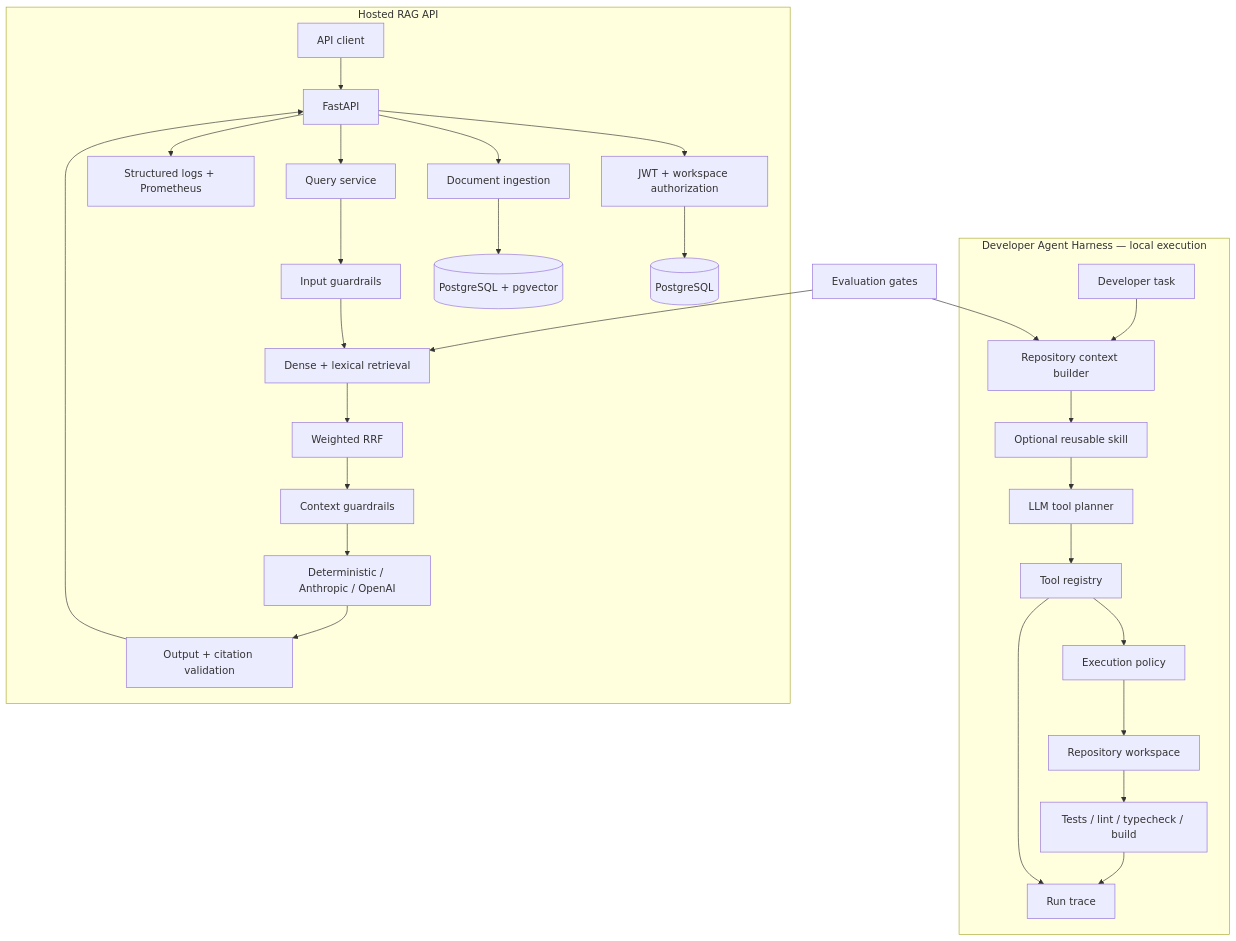
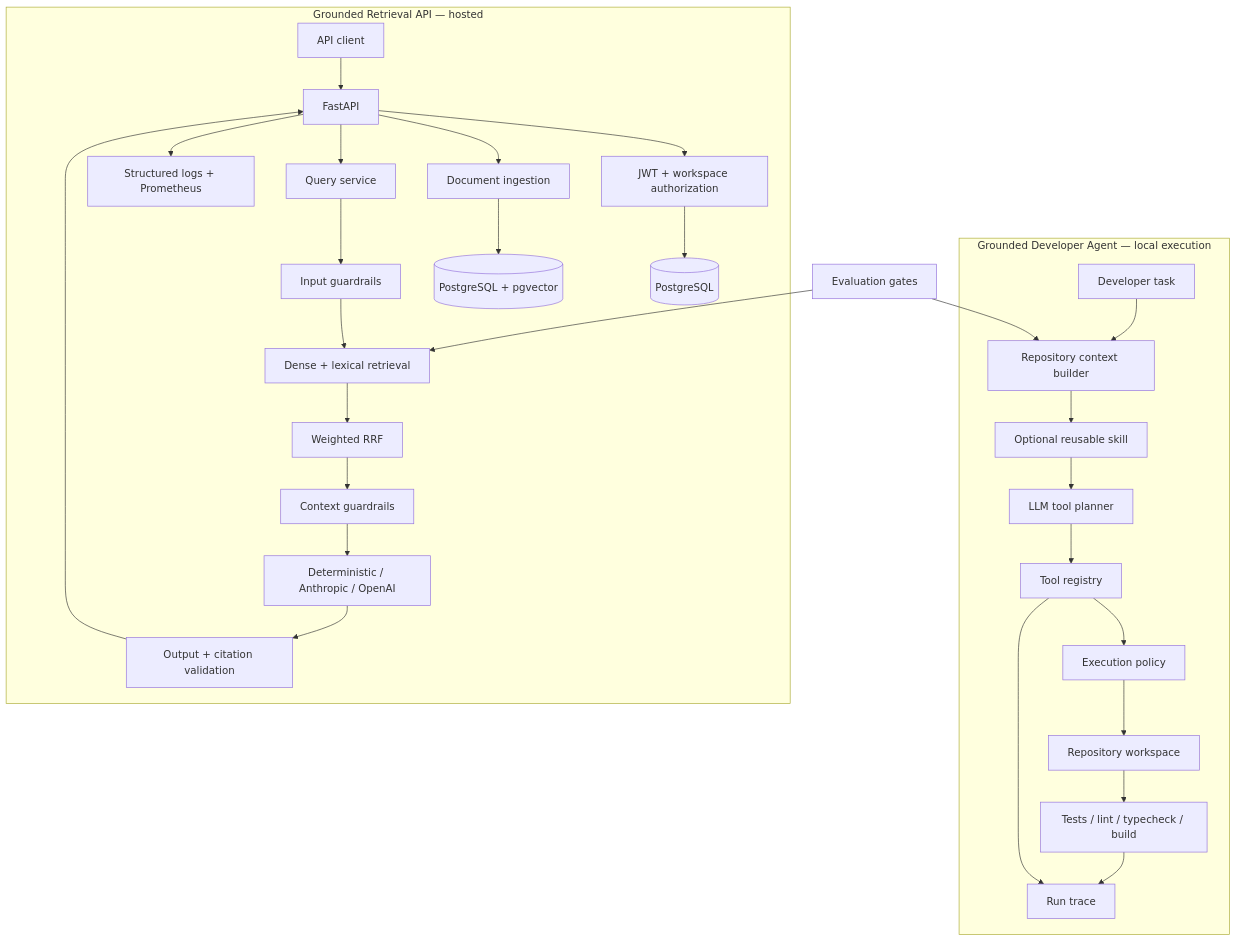
The diagram in README.md (FarnazNK/grounded-agent-platform), drawn with Mermaid before and after one commit. The commit also changed other lines of this file, not shown here.

Commit message:
docs: align README with Grounded Agent Platform

````diff
--- a/README.md
+++ b/README.md
@@ -59,34 +61,34 @@
 ```mermaid
 flowchart TB
-    subgraph DeveloperAgent["Developer Agent Harness — local execution"]
+    subgraph DeveloperAgent["Grounded Developer Agent — local execution"]
         task["Developer task"] --> context["Repository context builder"]
         context --> skill["Optional reusable skill"]
         skill --> planner["LLM tool planner"]
         planner --> registry["Tool registry"]
         registry --> policy["Execution policy"]
         policy --> repo["Repository workspace"]
         repo --> verify["Tests / lint / typecheck / build"]
         registry --> trace["Run trace"]
         verify --> trace
     end
 
-    subgraph RAG["Hosted RAG API"]
+    subgraph RAG["Grounded Retrieval API — hosted"]
         client["API client"] --> api["FastAPI"]
         api --> auth["JWT + workspace authorization"]
         auth --> postgres[("PostgreSQL")]
         api --> ingest["Document ingestion"]
         ingest --> vector[("PostgreSQL + pgvector")]
         api --> query["Query service"]
         query --> guardIn["Input guardrails"]
         guardIn --> retrieval["Dense + lexical retrieval"]
         retrieval --> fusion["Weighted RRF"]
         fusion --> guardContext["Context guardrails"]
         guardContext --> llm["Deterministic / Anthropic / OpenAI"]
         llm --> guardOut["Output + citation validation"]
         guardOut --> api
         api --> metrics["Structured logs + Prometheus"]
     end
 
     evals["Evaluation gates"] --> context
     evals --> retrieval
 ```
````
